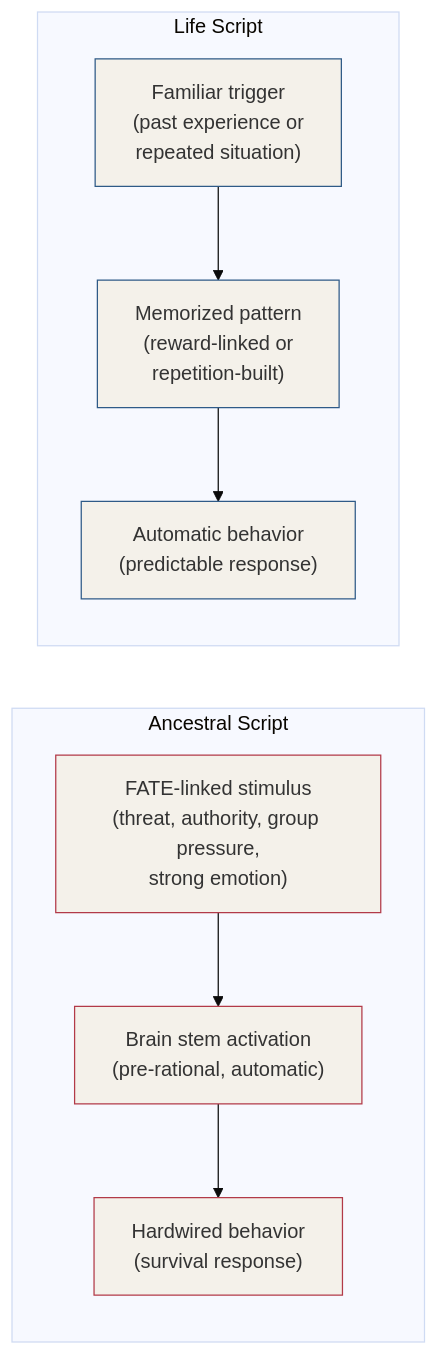
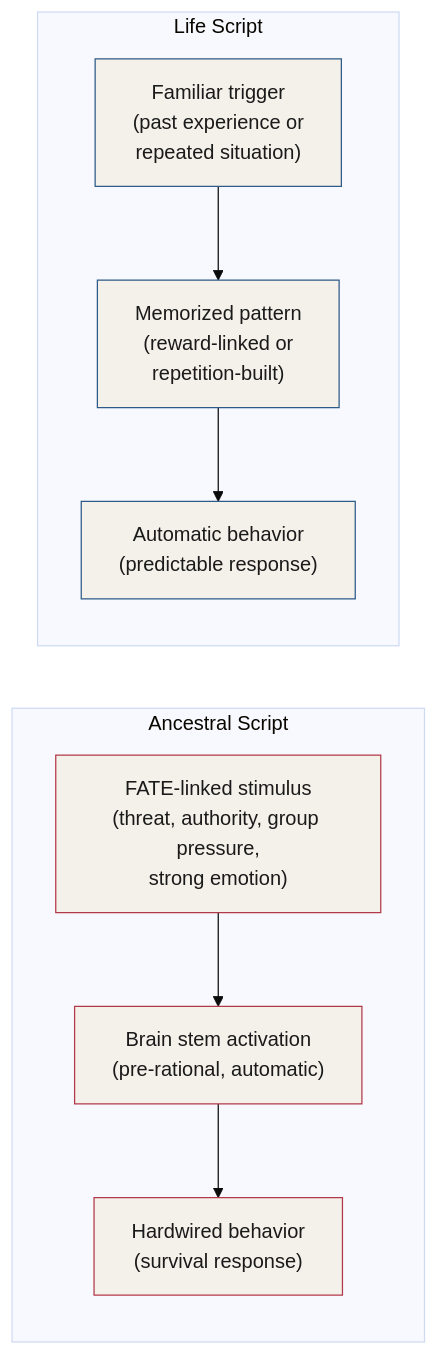
The second of 5 diagrams in chapters/chapter-04.md (Joshi004/book-read), drawn with Mermaid (base theme) before and after one commit. The commit also changed other lines of this file and 7 other files, not shown here.

First line of the commit message:
Enhance Mermaid diagram styles for dark mode compatibility across chapters

````diff
--- a/chapters/chapter-04.md
+++ b/chapters/chapter-04.md
@@ -156,25 +156,25 @@
 ```mermaid
 flowchart LR
     subgraph AS ["Ancestral Script"]
         direction TB
         A1["FATE-linked stimulus\n(threat, authority, group pressure,\nstrong emotion)"]
         A2["Brain stem activation\n(pre-rational, automatic)"]
         A3["Hardwired behavior\n(survival response)"]
         A1 --> A2 --> A3
     end
 
     subgraph LS ["Life Script"]
         direction TB
         L1["Familiar trigger\n(past experience or\nrepeated situation)"]
         L2["Memorized pattern\n(reward-linked or\nrepetition-built)"]
         L3["Automatic behavior\n(predictable response)"]
         L1 --> L2 --> L3
     end
 
-    style A1 fill:#F4F1EA,stroke:#B23A48
-    style A2 fill:#F4F1EA,stroke:#B23A48
-    style A3 fill:#F4F1EA,stroke:#B23A48
-    style L1 fill:#F4F1EA,stroke:#2E5A87
-    style L2 fill:#F4F1EA,stroke:#2E5A87
-    style L3 fill:#F4F1EA,stroke:#2E5A87
+    style A1 fill:#F4F1EA,stroke:#B23A48,color:#1A1A1A
+    style A2 fill:#F4F1EA,stroke:#B23A48,color:#1A1A1A
+    style A3 fill:#F4F1EA,stroke:#B23A48,color:#1A1A1A
+    style L1 fill:#F4F1EA,stroke:#2E5A87,color:#1A1A1A
+    style L2 fill:#F4F1EA,stroke:#2E5A87,color:#1A1A1A
+    style L3 fill:#F4F1EA,stroke:#2E5A87,color:#1A1A1A
 ```
````
